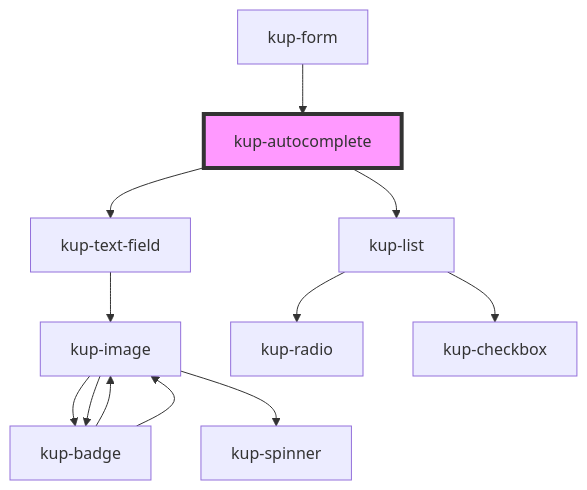
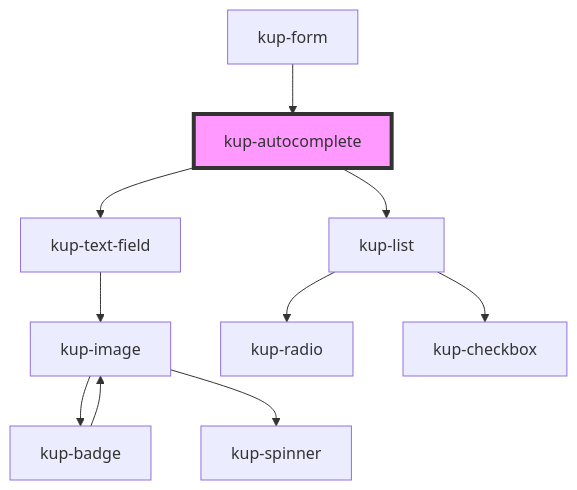
Before and after one commit to smeup/ketchup: the diagram in packages/ketchup/src/components/kup-autocomplete/readme.md, drawn with Mermaid. The commit also changed 24 other files, not shown here.

````diff
--- a/packages/ketchup/src/components/kup-autocomplete/readme.md
+++ b/packages/ketchup/src/components/kup-autocomplete/readme.md
@@ -47,15 +47,13 @@
 ```mermaid
 graph TD;
   kup-autocomplete --> kup-text-field
   kup-autocomplete --> kup-list
   kup-text-field --> kup-image
   kup-image --> kup-badge
   kup-image --> kup-spinner
-  kup-image --> kup-badge
-  kup-badge --> kup-image
   kup-badge --> kup-image
   kup-list --> kup-radio
   kup-list --> kup-checkbox
   kup-form --> kup-autocomplete
   style kup-autocomplete fill:#f9f,stroke:#333,stroke-width:4px
 ```
````
